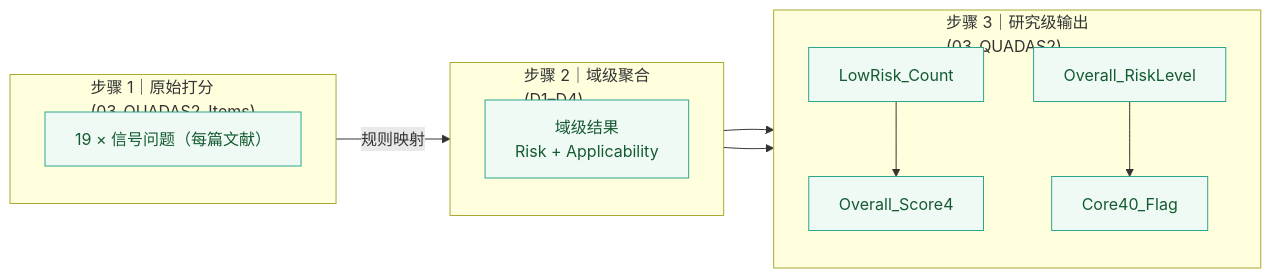
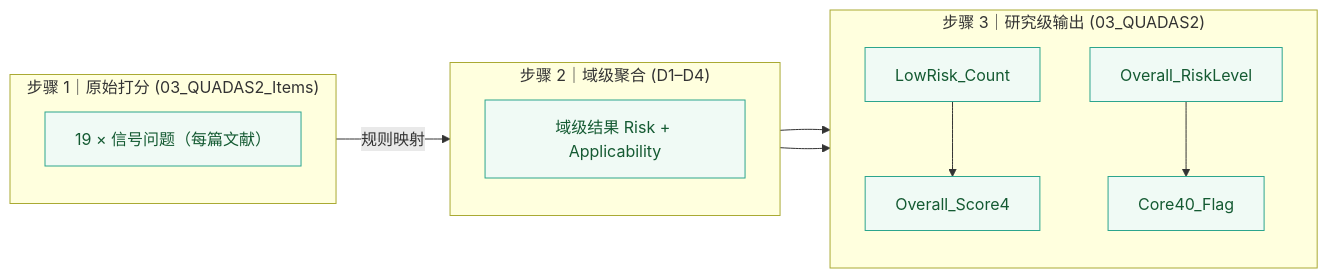
One commit to zhi-neng-ma-hua/StrokeGuardianAI changed the diagram in research/literature-review/zh/文献质量评估指南_QUADAS2.md.md. Above: the diagram before and after it, drawn with Mermaid.

````diff
--- a/research/literature-review/zh/文献质量评估指南_QUADAS2.md.md
+++ b/research/literature-review/zh/文献质量评估指南_QUADAS2.md.md
@@ -83,34 +83,34 @@
 ```mermaid
 flowchart LR
     %% ---------- Step 1 ----------
-    subgraph STEP1["步骤 1｜原始打分<br/>(03_QUADAS2_Items)"]
+    subgraph STEP1["步骤 1｜原始打分 (03_QUADAS2_Items)"]
         direction TB
         A["19 × 信号问题（每篇文献）"]
     end
 
     %% ---------- Step 2 ----------
-    subgraph STEP2["步骤 2｜域级聚合<br/>(D1–D4)"]
+    subgraph STEP2["步骤 2｜域级聚合 (D1–D4)"]
         direction TB
-        B["域级结果<br/>Risk + Applicability"]
+        B["域级结果 Risk + Applicability"]
     end
 
     %% ---------- Step 3 ----------
-    subgraph STEP3["步骤 3｜研究级输出<br/>(03_QUADAS2)"]
+    subgraph STEP3["步骤 3｜研究级输出 (03_QUADAS2)"]
         direction TB
         C1["LowRisk_Count"]
         C2["Overall_Score4"]
         C3["Overall_RiskLevel"]
         C4["Core40_Flag"]
     end
 
     %% ----------- 流向 -----------
     A -- 规则映射 --> B
     B --> C1
     C1 --> C2
     B --> C3
     C3 --> C4
 
     %% ----------- 视觉样式 -----------
     classDef box fill:#F0FAF5,stroke:#2CA58D,color:#145A32,stroke-width:1px;
     class A,B,C1,C2,C3,C4 box;
 ```
````
